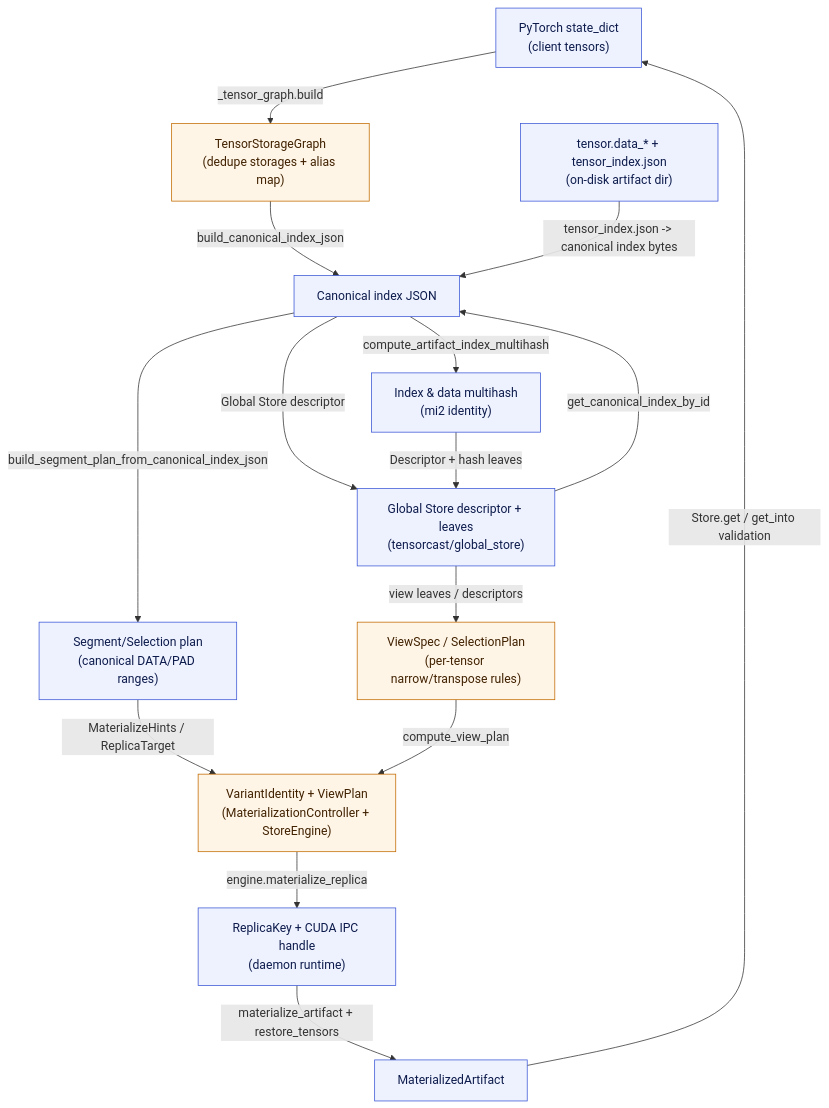
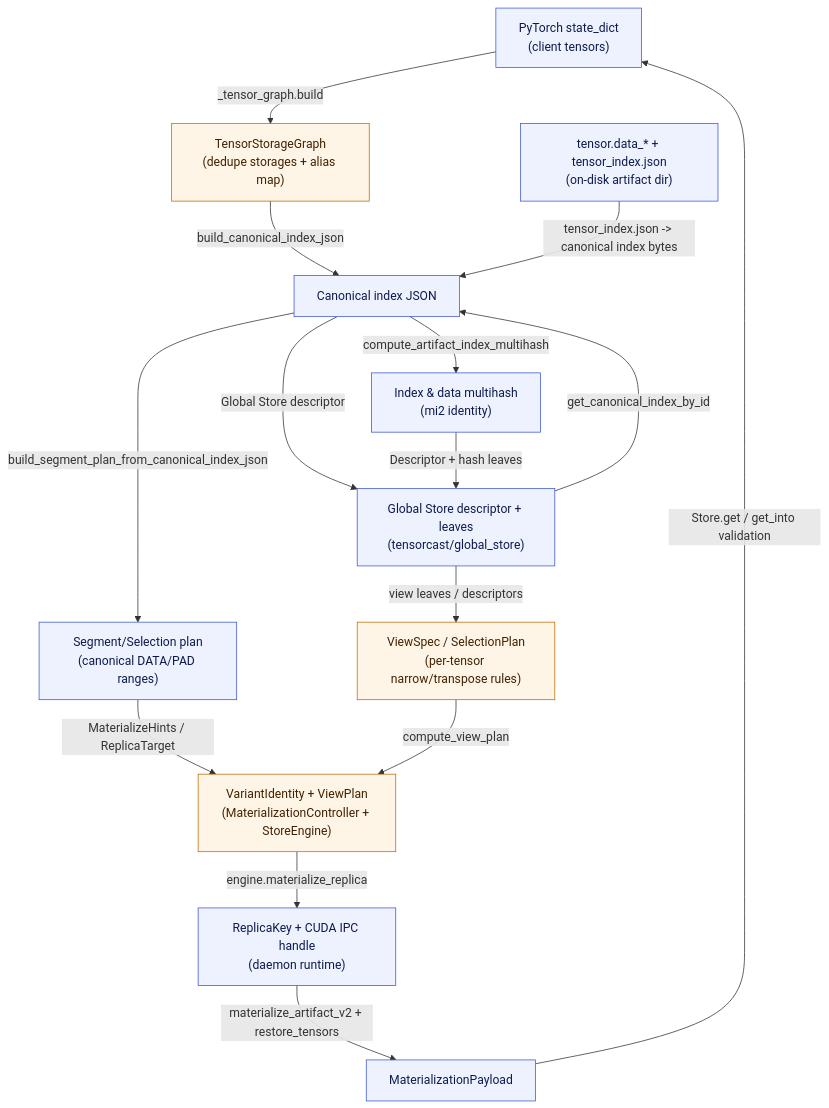
The second of 3 diagrams in docs/internals/tensor-first-artifact-architecture.md (tensorcast-ai/tensorcast), drawn with Mermaid before and after one commit. The commit also changed other lines of this file and 26 other files, not shown here.

Commit message:
feat(daemon): introduce v2 materialization pipeline with streaming payload descriptors

````diff
--- a/docs/internals/tensor-first-artifact-architecture.md
+++ b/docs/internals/tensor-first-artifact-architecture.md
@@ -140,32 +140,32 @@
 ```mermaid
 flowchart TB
     classDef data fill:#EEF2FF,stroke:#3C57D6,stroke-width:1px,color:#0D1B4C;
     classDef process fill:#FFF5E6,stroke:#C26B00,stroke-width:1px,color:#402100;
 
     SD["PyTorch state_dict<br>(client tensors)"]:::data
     TSG["TensorStorageGraph<br/>(dedupe storages + alias map)"]:::process
     CI["Canonical index JSON"]:::data
     IDXH["Index & data multihash<br>(mi2 identity)"]:::data
     SP["Segment/Selection plan<br/>(canonical DATA/PAD ranges)"]:::data
     VH["VariantIdentity + ViewPlan<br>(MaterializationController + StoreEngine)"]:::process
     RK["ReplicaKey + CUDA IPC handle<br>(daemon runtime)"]:::data
-    MA["MaterializedArtifact"]:::data
+    MP["MaterializationPayload"]:::data
     GSDesc["Global Store descriptor + leaves<br>(tensorcast/global_store)"]:::data
     DISK["tensor.data_* + tensor_index.json<br>(on-disk artifact dir)"]:::data
     VIEW["ViewSpec / SelectionPlan<br/>(per-tensor narrow/transpose rules)"]:::process
 
     SD -->|"_tensor_graph.build"| TSG
     TSG -->|"build_canonical_index_json"| CI
     CI -->|"compute_artifact_index_multihash"| IDXH
     CI -->|"build_segment_plan_from_canonical_index_json"| SP
     CI -->|"Global Store descriptor"| GSDesc
     IDXH -->|"Descriptor + hash leaves"| GSDesc
     GSDesc -->|"get_canonical_index_by_id"| CI
     GSDesc -->|"view leaves / descriptors"| VIEW
     SP -->|"MaterializeHints / ReplicaTarget"| VH
     VIEW -->|"compute_view_plan"| VH
     VH -->|"engine.materialize_replica"| RK
     DISK -->|"tensor_index.json -> canonical index bytes"| CI
-    RK -->|"materialize_artifact + restore_tensors"| MA
-    MA -->|"Store.get / get_into validation"| SD
+    RK -->|"materialize_artifact_v2 + restore_tensors"| MP
+    MP -->|"Store.get / get_into validation"| SD
 ```
````
